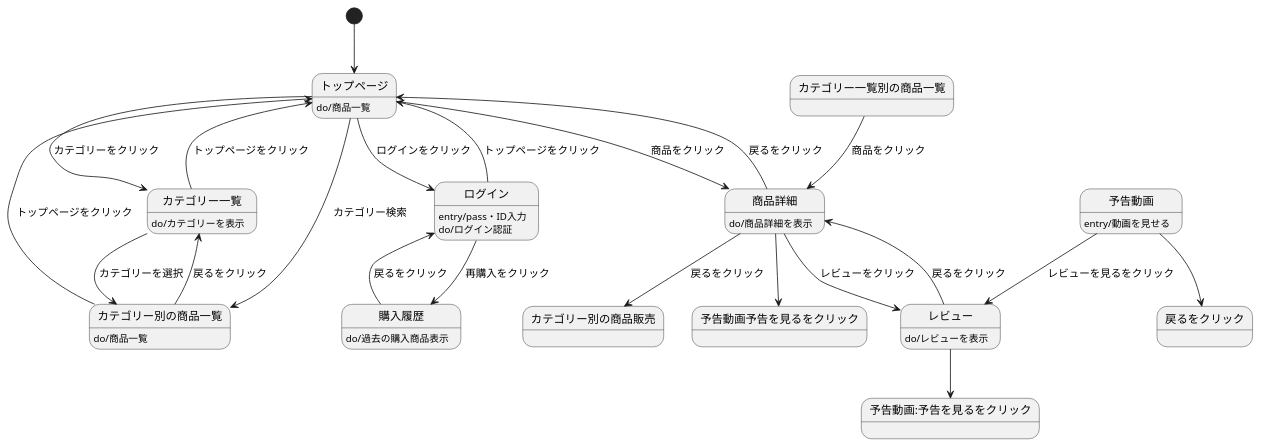
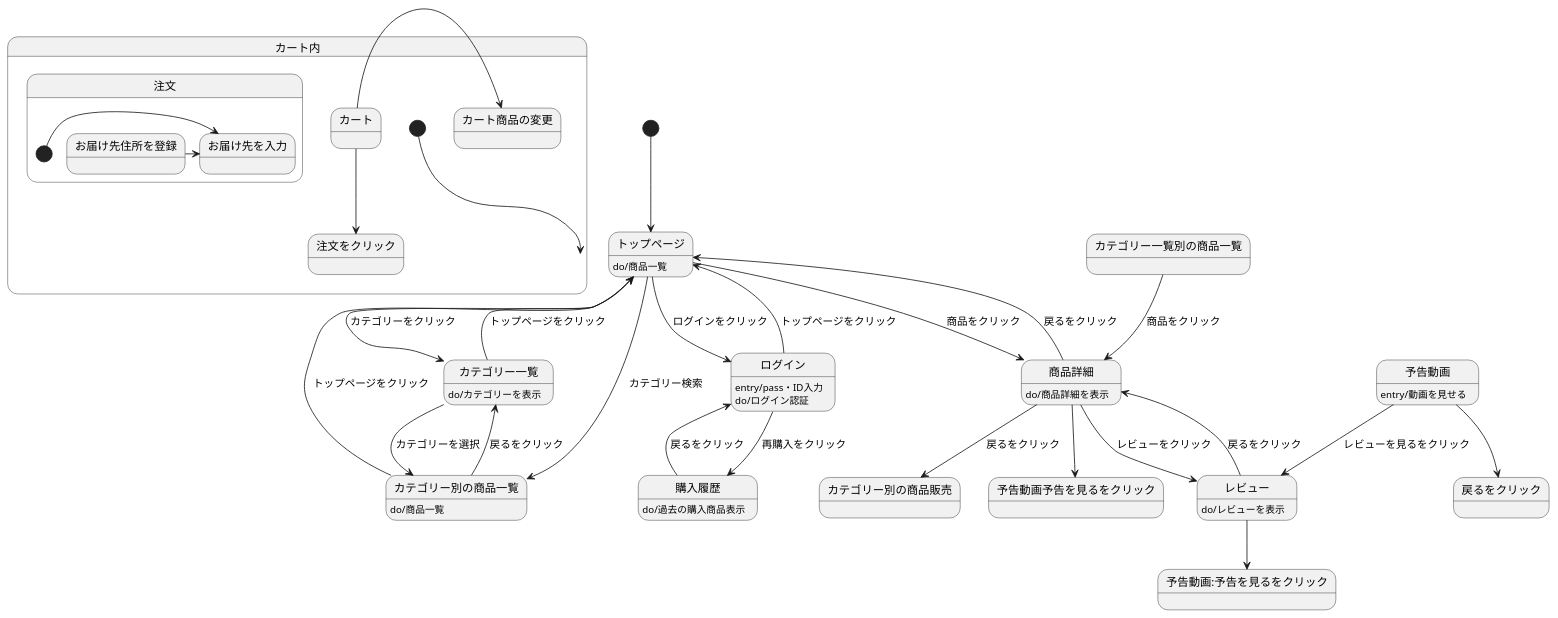
Before and after one commit to Aso2001388/2021sys-design: the diagram in orizinaru.md, drawn with PlantUML.

````diff
--- a/orizinaru.md
+++ b/orizinaru.md
@@ -1,34 +1,45 @@
 ```uml 
 @startuml
 [*]-->トップページ
 トップページ : do/商品一覧
 トップページ-->ログイン: ログインをクリック
 ログイン-->トップページ: トップページをクリック
 ログイン: entry/pass・ID入力
 ログイン: do/ログイン認証
 ログイン-->購入履歴: 再購入をクリック
 購入履歴-->ログイン: 戻るをクリック
 購入履歴: do/過去の購入商品表示
 トップページ-->カテゴリー一覧: カテゴリーをクリック
 カテゴリー一覧-->トップページ: トップページをクリック
 カテゴリー一覧: do/カテゴリーを表示
 トップページ-->カテゴリー別の商品一覧: カテゴリー検索
 カテゴリー別の商品一覧-->トップページ: トップページをクリック
 カテゴリー別の商品一覧: do/商品一覧
 カテゴリー一覧-->カテゴリー別の商品一覧: カテゴリーを選択
 カテゴリー別の商品一覧-->カテゴリー一覧: 戻るをクリック
 トップページ-->商品詳細: 商品をクリック
 商品詳細-->トップページ: 戻るをクリック
 商品詳細: do/商品詳細を表示
 カテゴリー一覧別の商品一覧-->商品詳細: 商品をクリック
 商品詳細-->カテゴリー別の商品販売: 戻るをクリック
 商品詳細-->レビュー: レビューをクリック
 レビュー-->商品詳細: 戻るをクリック
 レビュー: do/レビューを表示
 商品詳細-->予告動画予告を見るをクリック
 予告動画-->戻るをクリック
 予告動画: entry/動画を見せる
 予告動画-->レビュー: レビューを見るをクリック
 レビュー-->予告動画:予告を見るをクリック
+
+state カート内{
+[*]-->カート内
+カート->カート商品の変更
+カート-->注文をクリック
+state 注文{
+ [*]->お届け先を入力
+ お届け先住所を登録->お届け先を入力
+}
+}
+
 @enduml
 ``` 
````
